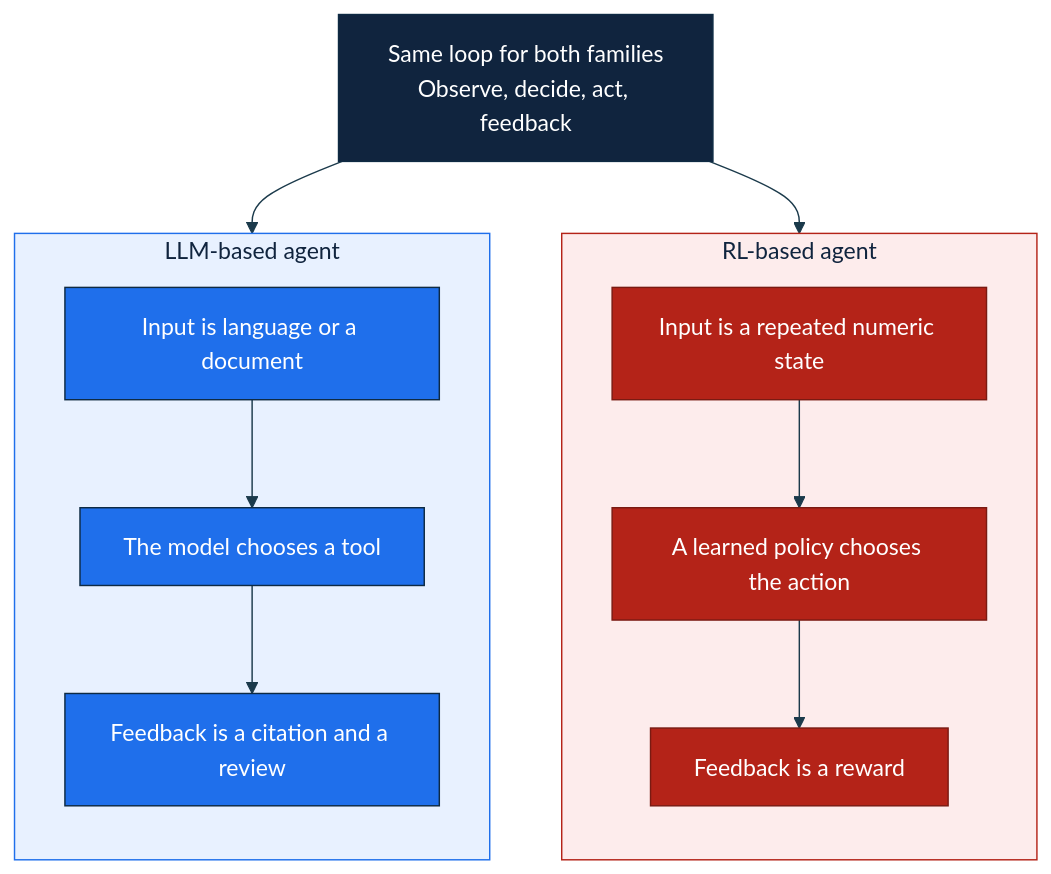
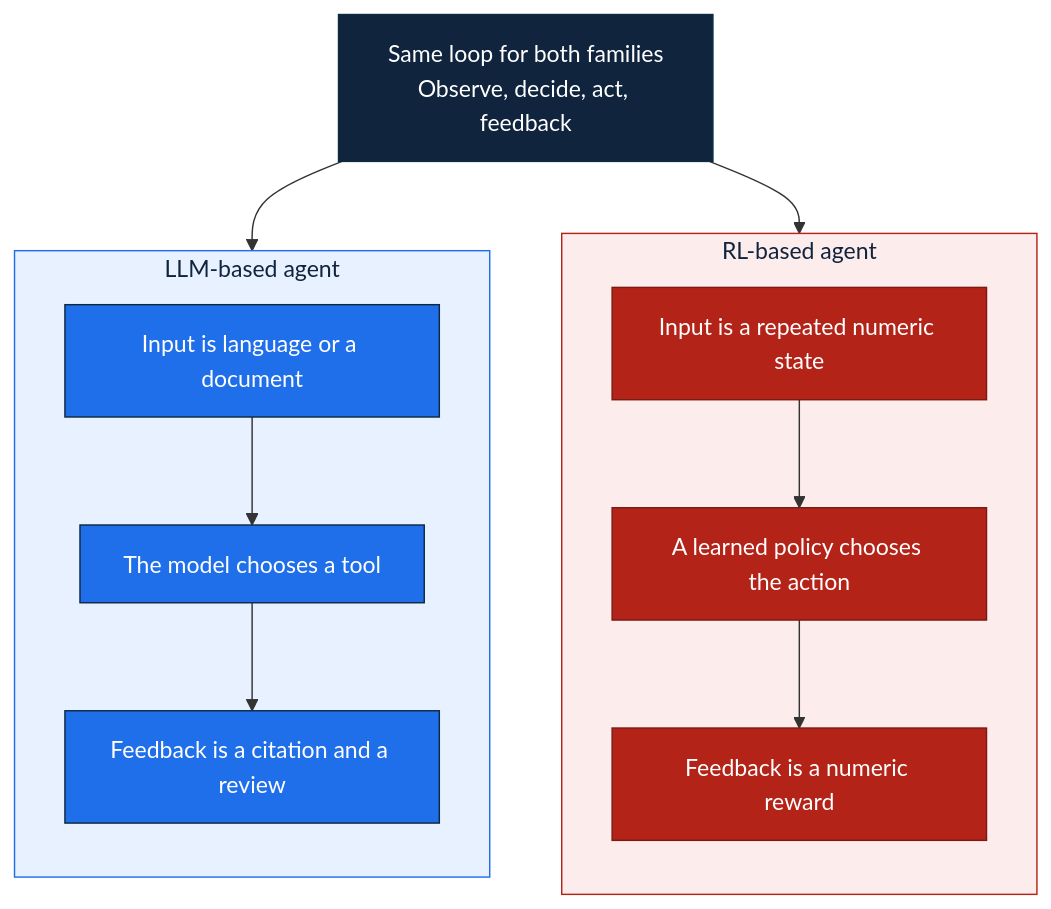
Before and after one commit to salihtutun/Agentic-AI_Autonomous_Decision_Making: the diagram in assets/mermaid/two-families.mmd, drawn with Mermaid. The commit also changed 24 other files, not shown here.

Commit message:
feat: redraw the session diagrams so the arrows match the lesson

```diff
--- a/assets/mermaid/two-families.mmd
+++ b/assets/mermaid/two-families.mmd
@@ -1,27 +1,26 @@
-%%{init: {'theme':'base','themeVariables':{'fontFamily':'Segoe UI, Arial, sans-serif','fontSize':'16px','lineColor':'#1B3A4B'}}}%%
 flowchart TB
     LOOP["Same loop for both families<br/>Observe, decide, act, feedback"]
     LOOP --> LLM
     LOOP --> RL
     subgraph LLM["LLM-based agent"]
         direction TB
         L1["Input is language or a document"]
         L2["The model chooses a tool"]
         L3["Feedback is a citation and a review"]
         L1 --> L2 --> L3
     end
     subgraph RL["RL-based agent"]
         direction TB
         R1["Input is a repeated numeric state"]
         R2["A learned policy chooses the action"]
-        R3["Feedback is a reward"]
+        R3["Feedback is a numeric reward"]
         R1 --> R2 --> R3
     end
     classDef loop fill:#10243E,stroke:#0E2A43,color:#ffffff
     classDef llm fill:#1F6FEB,stroke:#0E2A43,color:#ffffff
     classDef rl fill:#B42318,stroke:#7A1A12,color:#ffffff
     class LOOP loop
     class L1,L2,L3 llm
     class R1,R2,R3 rl
     style LLM fill:#E8F1FF,stroke:#1F6FEB,stroke-width:1px,color:#10243E
     style RL fill:#FDECEC,stroke:#B42318,stroke-width:1px,color:#10243E
```
